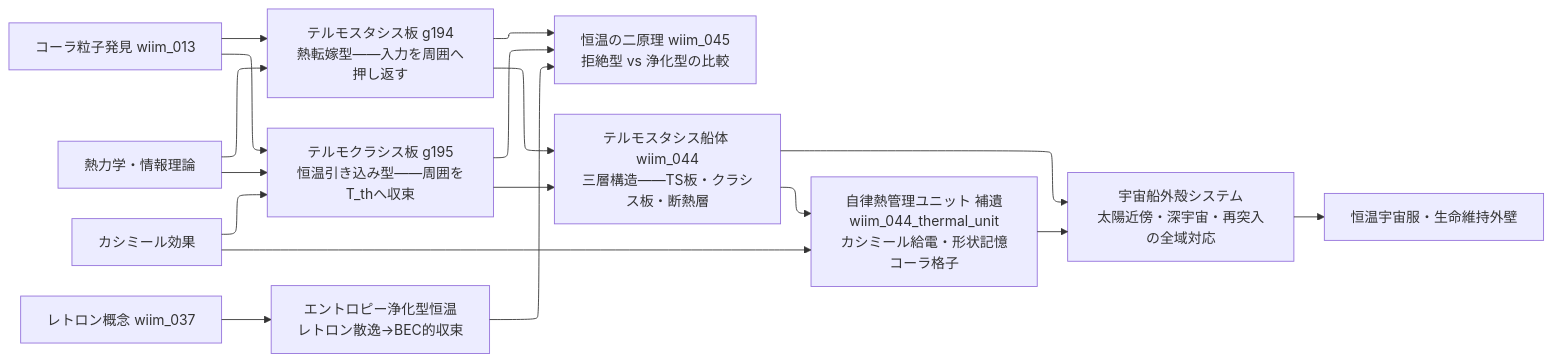
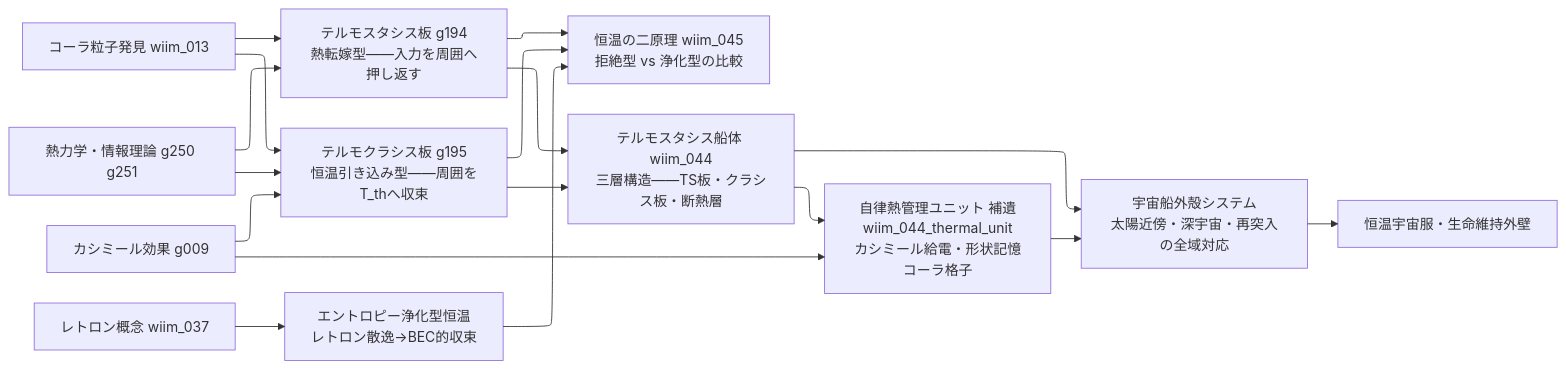
One commit to theronium/WhatIfImpossible changed the seventh of 11 diagrams in docs/notes/tech_tree.md. Above: the diagram before and after it, drawn with Mermaid. The commit also changed other lines of this file and 73 other files, not shown here.

````diff
--- a/docs/notes/tech_tree.md
+++ b/docs/notes/tech_tree.md
@@ -366,27 +366,27 @@
 ```mermaid
 %%{init: {"layout": "elk"}}%%
 flowchart LR
     TH1[コーラ粒子発見 wiim_013]
-    TH2[熱力学・情報理論]
-    TH3[カシミール効果]
+    TH2[熱力学・情報理論 g250 g251]
+    TH3[カシミール効果 g009]
 
     TH1 --> TH4[テルモスタシス板 g194\n熱転嫁型——入力を周囲へ押し返す]
     TH2 --> TH4
     TH1 --> TH5[テルモクラシス板 g195\n恒温引き込み型——周囲をT_thへ収束]
     TH2 --> TH5
     TH3 --> TH5
 
     TH4 --> TH6[恒温の二原理 wiim_045\n拒絶型 vs 浄化型の比較]
     TH5 --> TH6
     TH7[レトロン概念 wiim_037] --> TH8[エントロピー浄化型恒温\nレトロン散逸→BEC的収束]
     TH8 --> TH6
 
     TH4 --> TH9[テルモスタシス船体 wiim_044\n三層構造——TS板・クラシス板・断熱層]
     TH5 --> TH9
     TH9 --> TH10[自律熱管理ユニット 補遺wiim_044_thermal_unit\nカシミール給電・形状記憶コーラ格子]
     TH3 --> TH10
 
     TH10 --> TH11[宇宙船外殻システム\n太陽近傍・深宇宙・再突入の全域対応]
     TH9 --> TH11
     TH11 --> TH12[恒温宇宙服・生命維持外壁]
 ```
````
